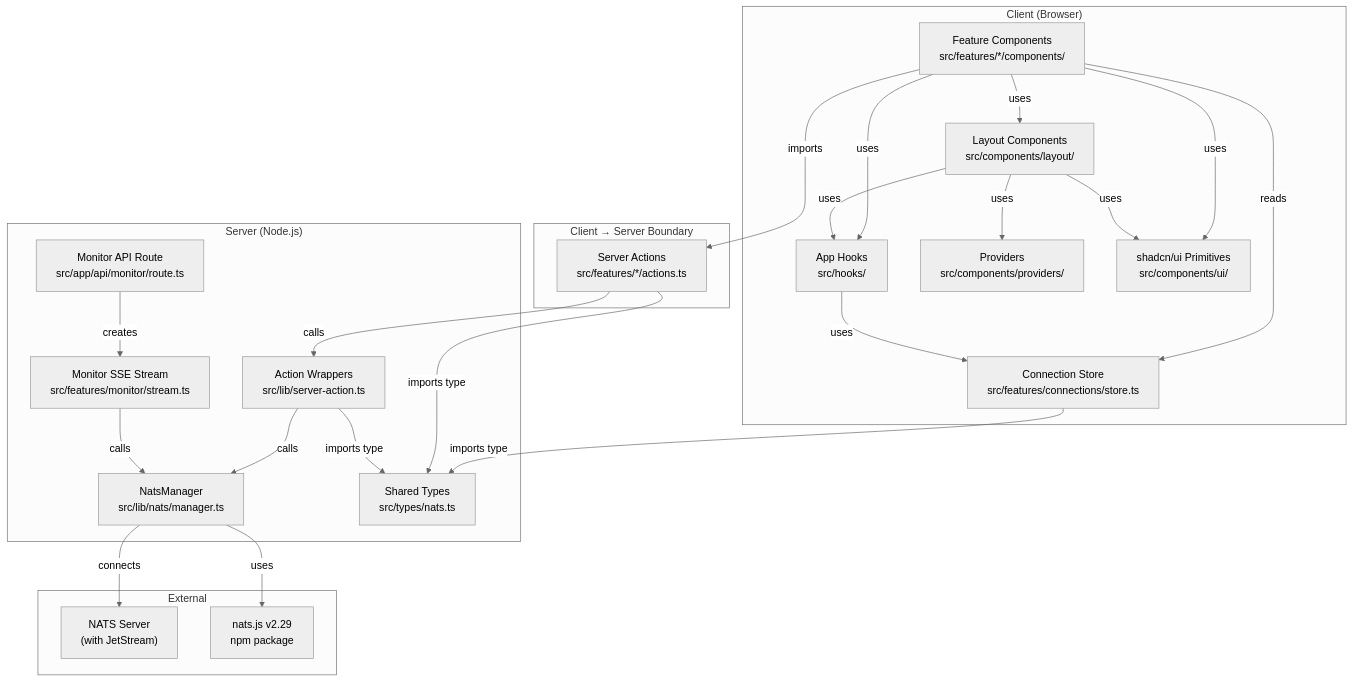
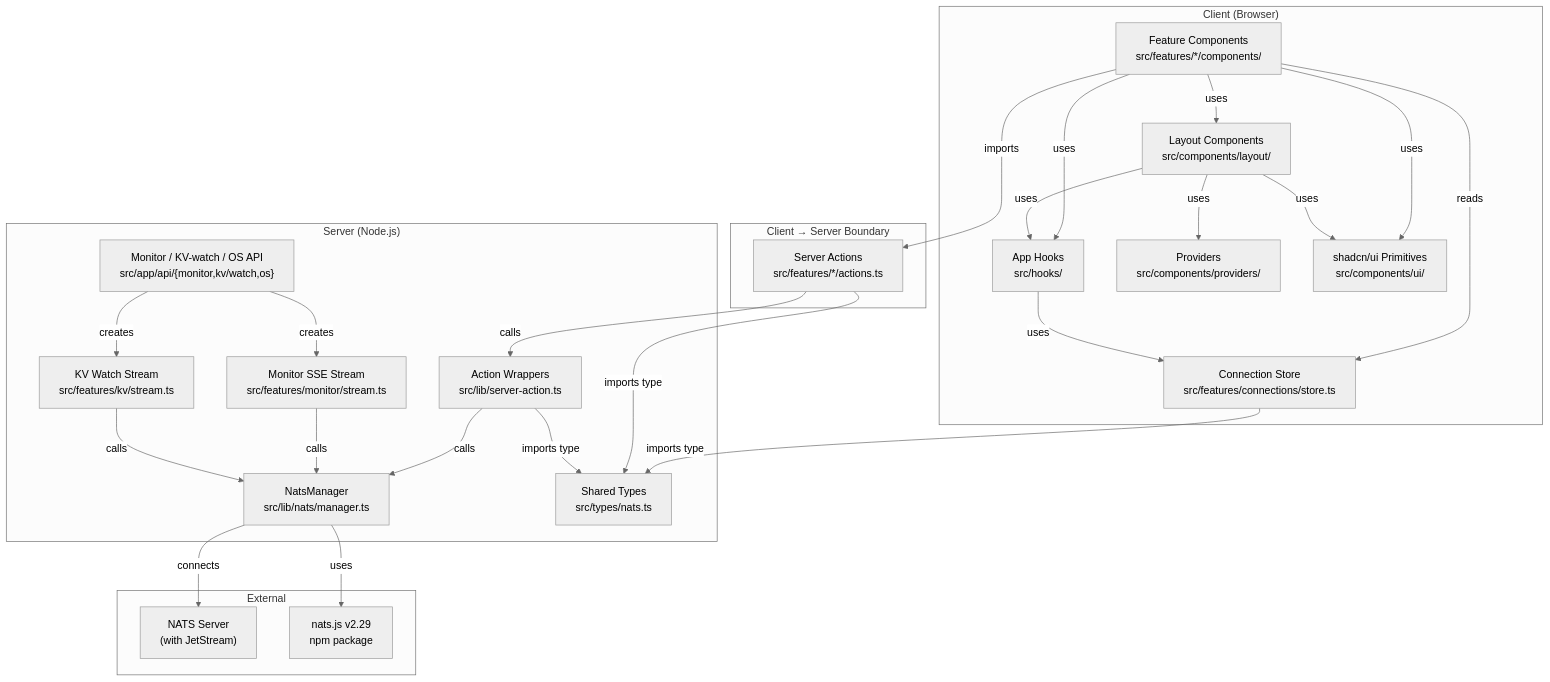
One commit to maatini/cobra-nats changed the diagram in docs/knowledge-base/architecture/dependencies.md. Above: the diagram before and after it, drawn with Mermaid (neutral theme). The commit also changed other lines of this file and 30 other files, not shown here.

````diff
--- a/docs/knowledge-base/architecture/dependencies.md
+++ b/docs/knowledge-base/architecture/dependencies.md
@@ -5,49 +5,52 @@
 ```mermaid
 graph TD
     subgraph "Client (Browser)"
         UI["Feature Components<br/>src/features/*/components/"]
         HOOKS["App Hooks<br/>src/hooks/"]
         STORE["Connection Store<br/>src/features/connections/store.ts"]
         LAYOUT["Layout Components<br/>src/components/layout/"]
         PROVIDERS["Providers<br/>src/components/providers/"]
         SHADCN["shadcn/ui Primitives<br/>src/components/ui/"]
     end
 
     subgraph "Client → Server Boundary"
         SA["Server Actions<br/>src/features/*/actions.ts"]
     end
 
     subgraph "Server (Node.js)"
         WRAPPER["Action Wrappers<br/>src/lib/server-action.ts"]
         MGR["NatsManager<br/>src/lib/nats/manager.ts"]
         TYPES["Shared Types<br/>src/types/nats.ts"]
         SSE["Monitor SSE Stream<br/>src/features/monitor/stream.ts"]
-        API["Monitor API Route<br/>src/app/api/monitor/route.ts"]
+        KVW["KV Watch Stream<br/>src/features/kv/stream.ts"]
+        API["Monitor / KV-watch / OS API<br/>src/app/api/{monitor,kv/watch,os}"]
     end
 
     subgraph "External"
         NATS["NATS Server<br/>(with JetStream)"]
         NPM["nats.js v2.29<br/>npm package"]
     end
 
     UI -->|imports| SA
     UI -->|uses| HOOKS
     UI -->|reads| STORE
     UI -->|uses| LAYOUT
     UI -->|uses| SHADCN
     STORE -->|imports type| TYPES
     HOOKS -->|uses| STORE
     LAYOUT -->|uses| SHADCN
     LAYOUT -->|uses| PROVIDERS
     LAYOUT -->|uses| HOOKS
 
     SA -->|calls| WRAPPER
     SA -->|imports type| TYPES
     WRAPPER -->|calls| MGR
     WRAPPER -->|imports type| TYPES
     MGR -->|uses| NPM
     MGR -->|connects| NATS
 
     SSE -->|calls| MGR
+    KVW -->|calls| MGR
     API -->|creates| SSE
+    API -->|creates| KVW
 ```
````
